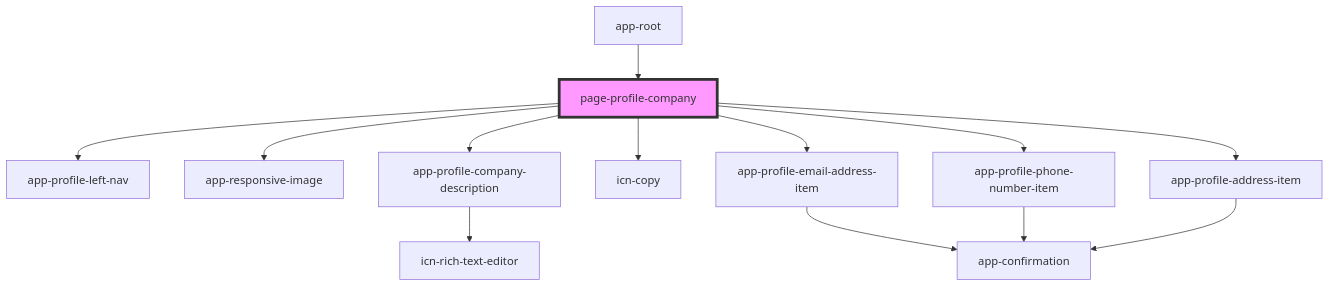
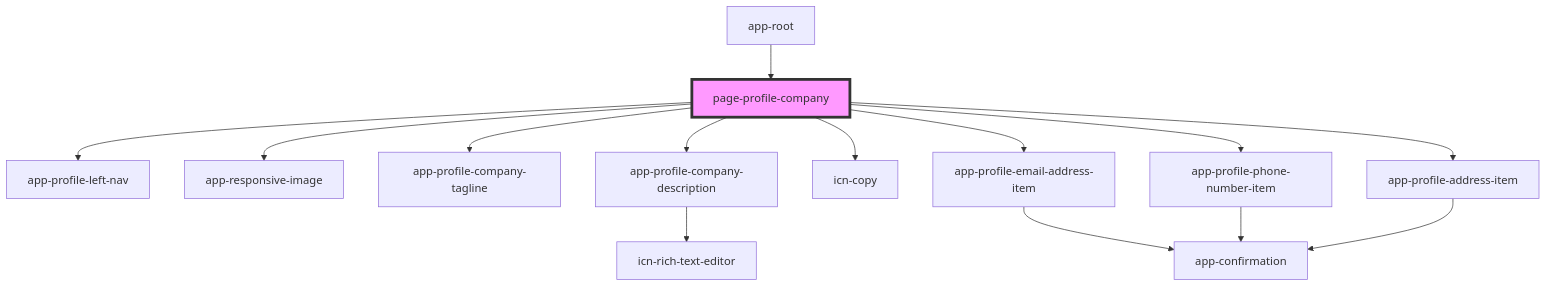
One commit to lokheed/IconEventNetwork.Web changed the diagram in iconeventnetwork-web/src/components/pages/page-profile-company/readme.md. Above: the diagram before and after it, drawn with Mermaid. The commit also changed other lines of this file and 8 other files, not shown here.

Commit message:
US674 T704 edit company tagline

````diff
--- a/iconeventnetwork-web/src/components/pages/page-profile-company/readme.md
+++ b/iconeventnetwork-web/src/components/pages/page-profile-company/readme.md
@@ -32,16 +33,17 @@
 ```mermaid
 graph TD;
   page-profile-company --> app-profile-left-nav
   page-profile-company --> app-responsive-image
+  page-profile-company --> app-profile-company-tagline
   page-profile-company --> app-profile-company-description
   page-profile-company --> icn-copy
   page-profile-company --> app-profile-email-address-item
   page-profile-company --> app-profile-phone-number-item
   page-profile-company --> app-profile-address-item
   app-profile-company-description --> icn-rich-text-editor
   app-profile-email-address-item --> app-confirmation
   app-profile-phone-number-item --> app-confirmation
   app-profile-address-item --> app-confirmation
   app-root --> page-profile-company
   style page-profile-company fill:#f9f,stroke:#333,stroke-width:4px
 ```
````
